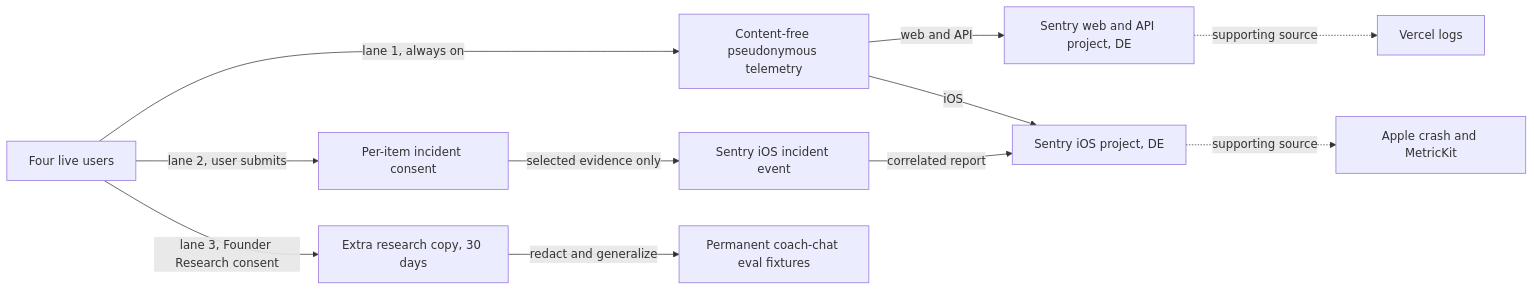
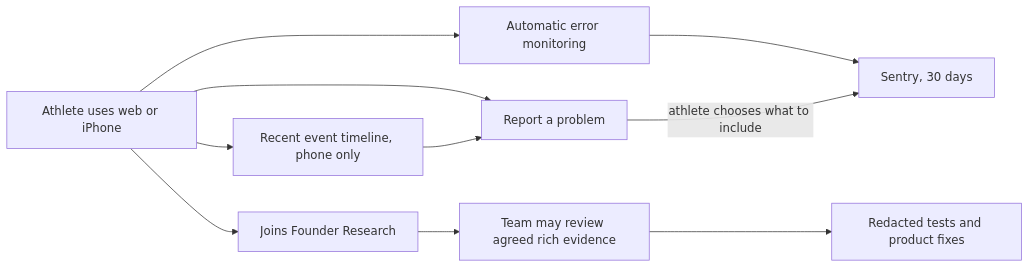
One commit to sibling-shipyard/coach-hq changed the first of 2 diagrams in docs/plans/ops-observability-rage-reports.md. Above: the diagram before and after it, drawn with Mermaid. The commit also changed other lines of this file and 1 other file, not shown here.

````diff
--- a/docs/plans/ops-observability-rage-reports.md
+++ b/docs/plans/ops-observability-rage-reports.md
@@ -27,13 +13,12 @@
 ```mermaid
 flowchart LR
-  U["Four live users"] -->|lane 1, always on| T["Content-free pseudonymous telemetry"]
-  U -->|lane 2, user submits| C["Per-item incident consent"]
-  C -->|selected evidence only| R["Sentry iOS incident event"]
-  T -->|web and API| SW["Sentry web and API project, DE"]
-  T -->|iOS| SI["Sentry iOS project, DE"]
-  R -->|correlated report| SI
-  U -->|lane 3, Founder Research consent| X["Extra research copy, 30 days"]
-  X -->|redact and generalize| F["Permanent coach-chat eval fixtures"]
-  SW -.->|supporting source| V["Vercel logs"]
-  SI -.->|supporting source| A["Apple crash and MetricKit"]
+  U["Athlete uses web or iPhone"] --> M["Automatic error monitoring"]
+  M --> S["Sentry, 30 days"]
+  U --> P["Recent event timeline, phone only"]
+  U --> R["Report a problem"]
+  P --> R
+  R -->|athlete chooses what to include| S
+  U --> C["Joins Founder Research"]
+  C --> E["Team may review agreed rich evidence"]
+  E --> T["Redacted tests and product fixes"]
 ```
````
